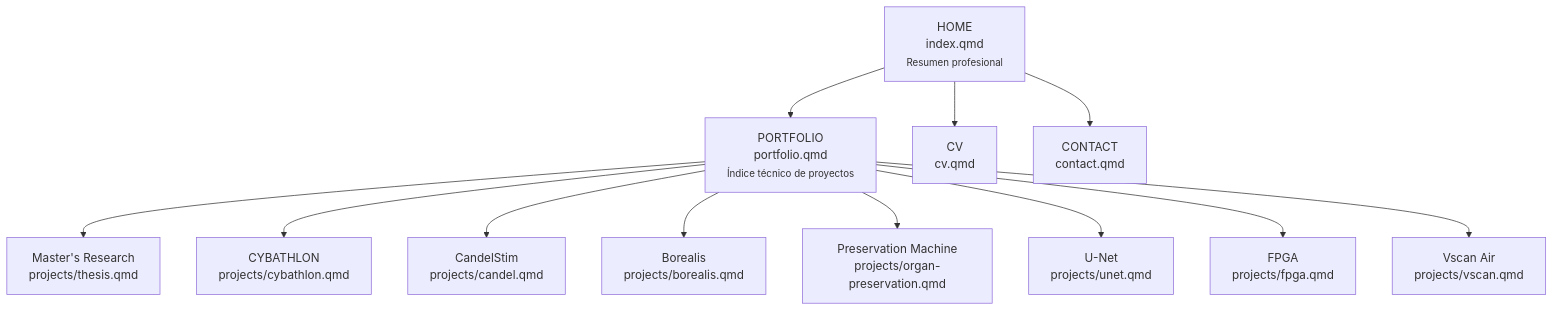
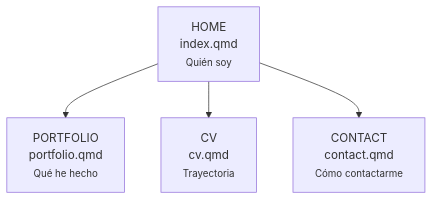
One commit to Eoweo/CarlosMoreno.github.io changed the diagram in SITE_STRUCTURE.md. Above: the diagram before and after it, drawn with Mermaid. The commit also changed other lines of this file and 29 other files, not shown here.

````diff
--- a/SITE_STRUCTURE.md
+++ b/SITE_STRUCTURE.md
@@ -11,20 +11,11 @@
 ```mermaid
 flowchart TD
-    HOME["HOME<br/>index.qmd<br/><small>Resumen profesional</small>"]
-    PORT["PORTFOLIO<br/>portfolio.qmd<br/><small>Índice técnico de proyectos</small>"]
-    CV["CV<br/>cv.qmd"]
-    CONTACT["CONTACT<br/>contact.qmd"]
+    HOME["HOME<br/>index.qmd<br/><small>Quién soy</small>"]
+    PORT["PORTFOLIO<br/>portfolio.qmd<br/><small>Qué he hecho</small>"]
+    CV["CV<br/>cv.qmd<br/><small>Trayectoria</small>"]
+    CONTACT["CONTACT<br/>contact.qmd<br/><small>Cómo contactarme</small>"]
 
     HOME --> PORT
     HOME --> CV
     HOME --> CONTACT
-
-    PORT --> THESIS["Master's Research<br/>projects/thesis.qmd"]
-    PORT --> CYB["CYBATHLON<br/>projects/cybathlon.qmd"]
-    PORT --> CANDEL["CandelStim<br/>projects/candel.qmd"]
-    PORT --> BOR["Borealis<br/>projects/borealis.qmd"]
-    PORT --> PRES["Preservation Machine<br/>projects/organ-preservation.qmd"]
-    PORT --> UNET["U-Net<br/>projects/unet.qmd"]
-    PORT --> FPGA["FPGA<br/>projects/fpga.qmd"]
-    PORT --> VSCAN["Vscan Air<br/>projects/vscan.qmd"]
 ```
````
